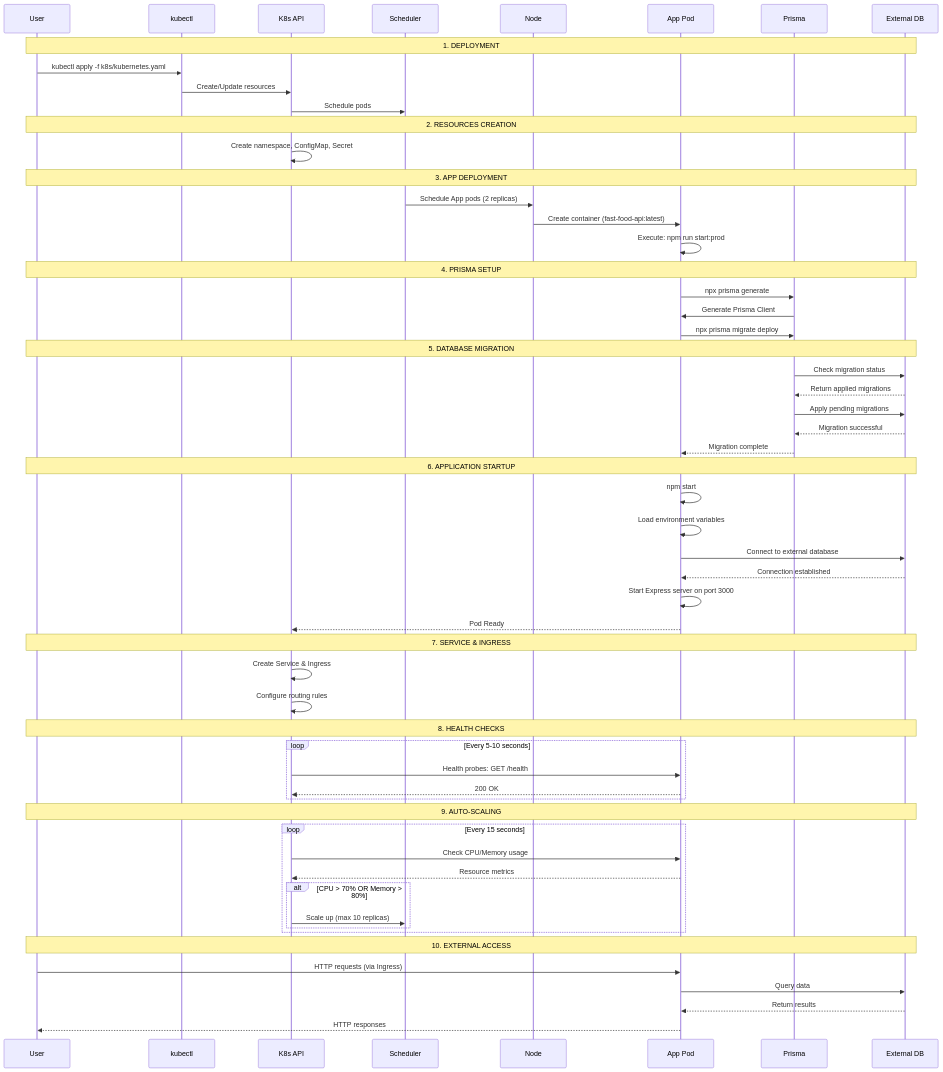
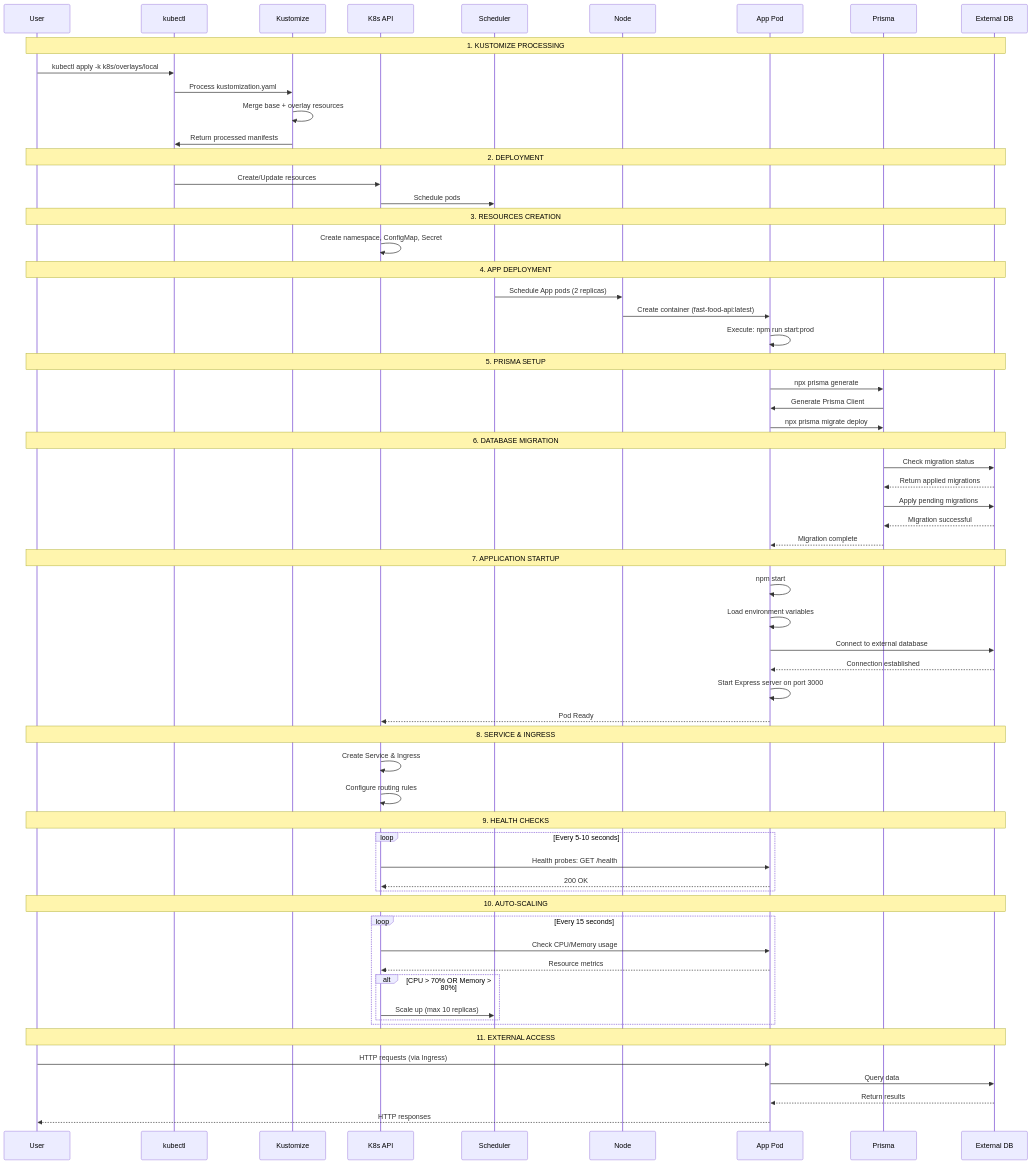
The first of 2 diagrams in k8s/k8s-deployment-sequence.md (switq/fast-food-api), drawn with Mermaid before and after one commit. The commit also changed other lines of this file and 12 other files, not shown here.

First line of the commit message:
refactor: restructure Kubernetes manifests using Kustomize for better environment management

````diff
--- a/k8s/k8s-deployment-sequence.md
+++ b/k8s/k8s-deployment-sequence.md
@@ -5,69 +5,75 @@
 ```mermaid
 sequenceDiagram
     participant User
     participant kubectl
+    participant Kustomize
     participant K8s API
     participant Scheduler
     participant Node
     participant App Pod
     participant Prisma
     participant External DB
 
-    Note over User,External DB: 1. DEPLOYMENT
-    User->>kubectl: kubectl apply -f k8s/kubernetes.yaml
+    Note over User,External DB: 1. KUSTOMIZE PROCESSING
+    User->>kubectl: kubectl apply -k k8s/overlays/local
+    kubectl->>Kustomize: Process kustomization.yaml
+    Kustomize->>Kustomize: Merge base + overlay resources
+    Kustomize->>kubectl: Return processed manifests
+
+    Note over User,External DB: 2. DEPLOYMENT
     kubectl->>K8s API: Create/Update resources
     K8s API->>Scheduler: Schedule pods
 
-    Note over User,External DB: 2. RESOURCES CREATION
+    Note over User,External DB: 3. RESOURCES CREATION
     K8s API->>K8s API: Create namespace, ConfigMap, Secret
 
-    Note over User,External DB: 3. APP DEPLOYMENT
+    Note over User,External DB: 4. APP DEPLOYMENT
     Scheduler->>Node: Schedule App pods (2 replicas)
     Node->>App Pod: Create container (fast-food-api:latest)
     App Pod->>App Pod: Execute: npm run start:prod
 
-    Note over User,External DB: 4. PRISMA SETUP
+    Note over User,External DB: 5. PRISMA SETUP
     App Pod->>Prisma: npx prisma generate
     Prisma->>App Pod: Generate Prisma Client
     App Pod->>Prisma: npx prisma migrate deploy
 
-    Note over User,External DB: 5. DATABASE MIGRATION
+    Note over User,External DB: 6. DATABASE MIGRATION
     Prisma->>External DB: Check migration status
     External DB-->>Prisma: Return applied migrations
     Prisma->>External DB: Apply pending migrations
     External DB-->>Prisma: Migration successful
     Prisma-->>App Pod: Migration complete
 
-    Note over User,External DB: 6. APPLICATION STARTUP
+    Note over User,External DB: 7. APPLICATION STARTUP
     App Pod->>App Pod: npm start
     App Pod->>App Pod: Load environment variables
     App Pod->>External DB: Connect to external database
     External DB-->>App Pod: Connection established
     App Pod->>App Pod: Start Express server on port 3000
     App Pod-->>K8s API: Pod Ready
 
-    Note over User,External DB: 7. SERVICE & INGRESS
+    Note over User,External DB: 8. SERVICE & INGRESS
     K8s API->>K8s API: Create Service & Ingress
     K8s API->>K8s API: Configure routing rules
 
-    Note over User,External DB: 8. HEALTH CHECKS
+    Note over User,External DB: 9. HEALTH CHECKS
     loop Every 5-10 seconds
         K8s API->>App Pod: Health probes: GET /health
         App Pod-->>K8s API: 200 OK
     end
 
-    Note over User,External DB: 9. AUTO-SCALING
+    Note over User,External DB: 10. AUTO-SCALING
     loop Every 15 seconds
         K8s API->>App Pod: Check CPU/Memory usage
         App Pod-->>K8s API: Resource metrics
         alt CPU > 70% OR Memory > 80%
             K8s API->>Scheduler: Scale up (max 10 replicas)
         end
     end
 
-    Note over User,External DB: 10. EXTERNAL ACCESS
+    Note over User,External DB: 11. EXTERNAL ACCESS
     User->>App Pod: HTTP requests (via Ingress)
     App Pod->>External DB: Query data
     External DB-->>App Pod: Return results
     App Pod-->>User: HTTP responses
 ```
````
